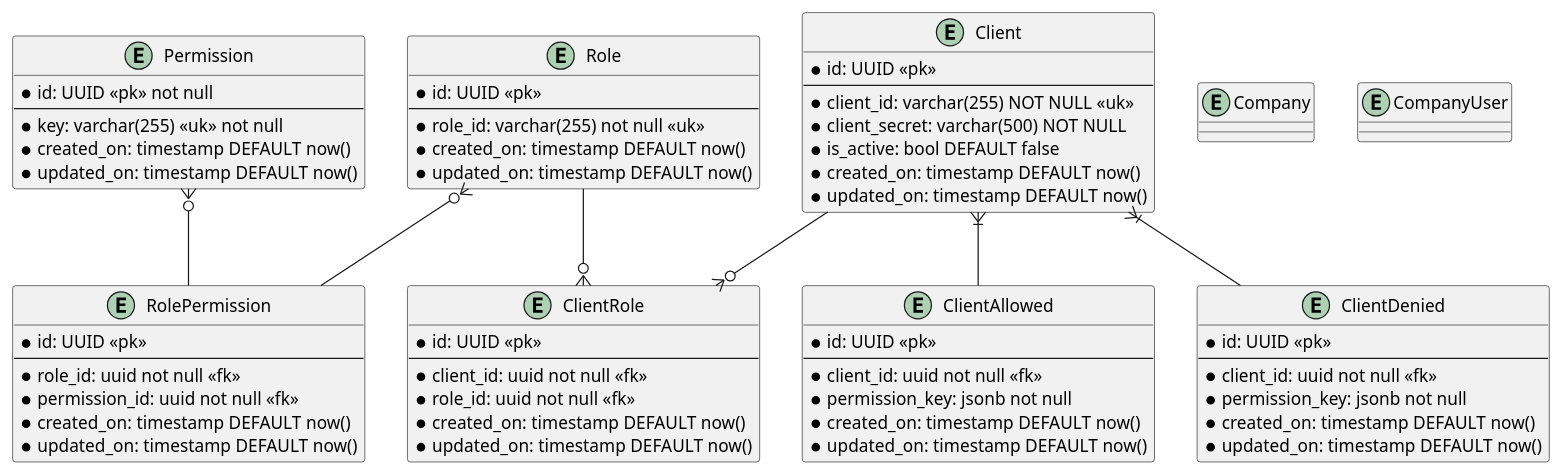
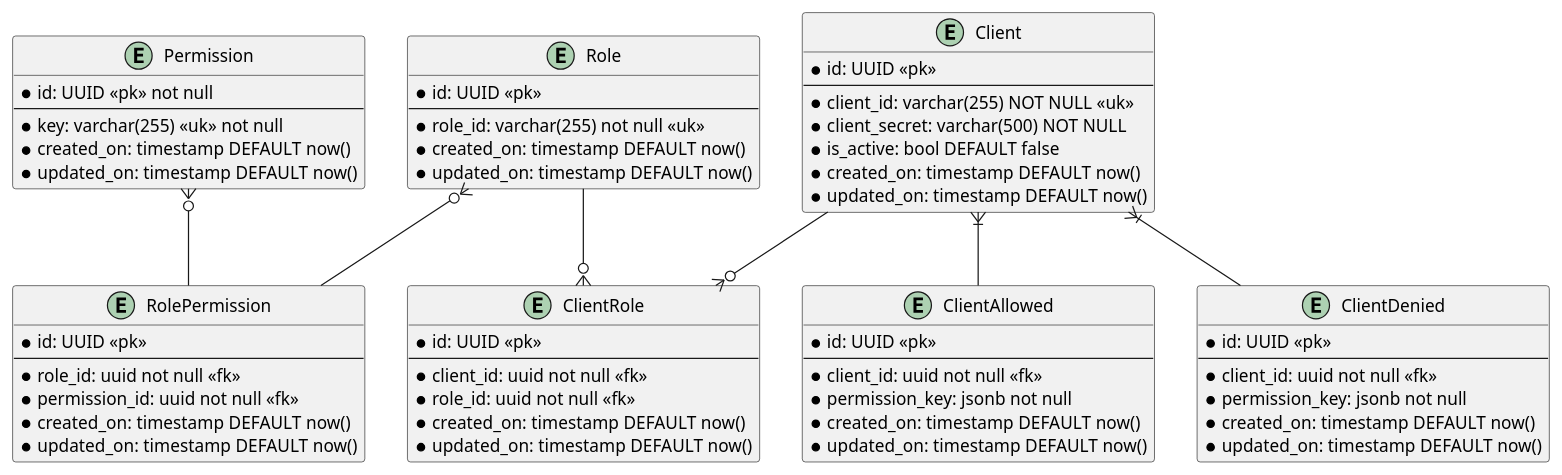
One commit to naabotoo/project-eneon-api-service changed the diagram in documentations/api_client_permissions.wsd. Above: the diagram before and after it, drawn with PlantUML. The commit also changed 9 other files, not shown here.

```diff
--- a/documentations/api_client_permissions.wsd
+++ b/documentations/api_client_permissions.wsd
@@ -1,80 +1,72 @@
 @startuml "api client permissions"
 
 entity "Permission" as permissions {
     * id: UUID <<pk>> not null
     --
     * key: varchar(255) <<uk>> not null
     * created_on: timestamp DEFAULT now()
     * updated_on: timestamp DEFAULT now()
 }
 
 entity "Role" as roles {
     * id: UUID <<pk>>
     --
     * role_id: varchar(255) not null <<uk>>
     * created_on: timestamp DEFAULT now()
     * updated_on: timestamp DEFAULT now()
 }
 
 entity "RolePermission" as role_permissions {
     * id: UUID <<pk>>
     --
     * role_id: uuid not null <<fk>>
     * permission_id: uuid not null <<fk>>
     * created_on: timestamp DEFAULT now()
     * updated_on: timestamp DEFAULT now()
 }
 
 entity "ClientRole" as client_roles {
     * id: UUID <<pk>>
     --
     * client_id: uuid not null <<fk>>
     * role_id: uuid not null <<fk>>
     * created_on: timestamp DEFAULT now()
     * updated_on: timestamp DEFAULT now()
 }
 
 entity "ClientAllowed" as clients_allowed {
      * id: UUID <<pk>>
     --
     * client_id: uuid not null <<fk>>
     * permission_key: jsonb not null
     * created_on: timestamp DEFAULT now()
     * updated_on: timestamp DEFAULT now()
 }
 
 entity "ClientDenied" as clients_denied {
      * id: UUID <<pk>>
     --
     * client_id: uuid not null <<fk>>
     * permission_key: jsonb not null
     * created_on: timestamp DEFAULT now()
     * updated_on: timestamp DEFAULT now()
 }
 
 entity "Client" as client {
     * id: UUID <<pk>>
     --
     * client_id: varchar(255) NOT NULL <<uk>>
     * client_secret: varchar(500) NOT NULL
     * is_active: bool DEFAULT false
     * created_on: timestamp DEFAULT now()
     * updated_on: timestamp DEFAULT now()
  }
 
- entity "Company" as companies {
-
- }
-
- entity "CompanyUser" as company_users {
-    
- }
-
  client }|-- clients_denied
  client }|-- clients_allowed
  permissions }o-- role_permissions
  roles }o-- role_permissions
  client --o{ client_roles
  roles --o{ client_roles
 
 @enduml
```
